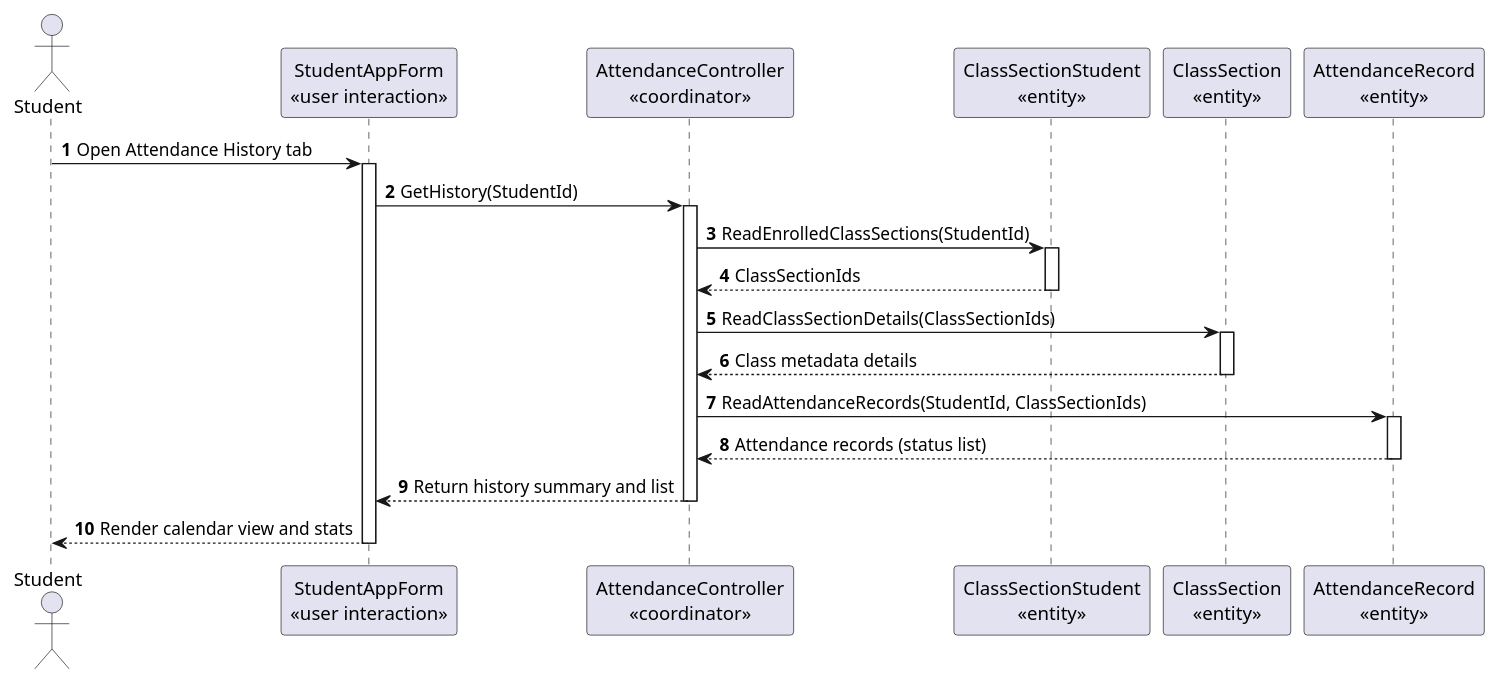
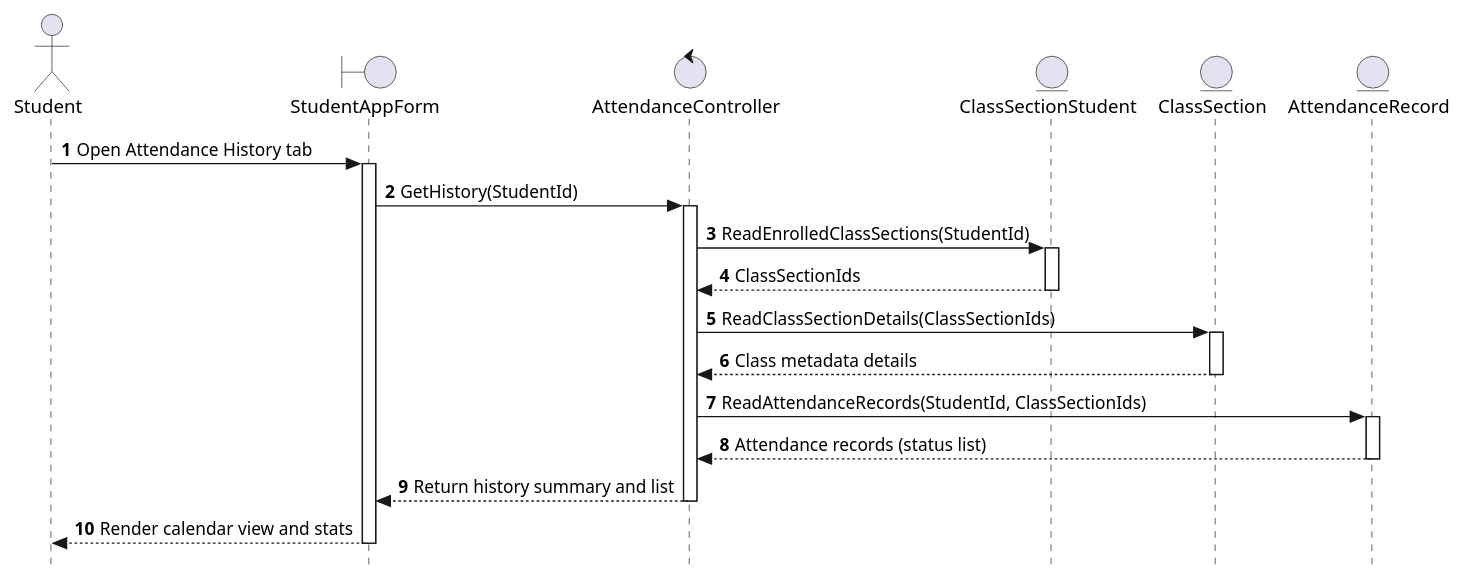
One commit to nttung42/SWD392 changed diagram 12 of 31 in MainDocs/AFAS_RDS_Document_Part1B_Analysis_models.md. Above: the diagram before and after it, drawn with PlantUML. The commit also changed other lines of this file, not shown here.

Commit message:
docs: refactor sequence diagrams to use strict UML/BCE and add message description tables

````diff
--- a/MainDocs/AFAS_RDS_Document_Part1B_Analysis_models.md
+++ b/MainDocs/AFAS_RDS_Document_Part1B_Analysis_models.md
@@ -699,32 +781,33 @@
 ```plantuml
 @startuml
+skinparam style strictuml
 autonumber
 actor SV as "Student"
-participant SAF as "StudentAppForm\n«user interaction»"
-participant AC as "AttendanceController\n«coordinator»"
-participant CSS as "ClassSectionStudent\n«entity»"
-participant CS as "ClassSection\n«entity»"
-participant AR as "AttendanceRecord\n«entity»"
+boundary SAF as "StudentAppForm"
+control AC as "AttendanceController"
+entity CSS as "ClassSectionStudent"
+entity CS as "ClassSection"
+entity AR as "AttendanceRecord"
 
 SV -> SAF : Open Attendance History tab
 activate SAF
 SAF -> AC : GetHistory(StudentId)
 activate AC
 AC -> CSS : ReadEnrolledClassSections(StudentId)
 activate CSS
 CSS --> AC : ClassSectionIds
 deactivate CSS
 AC -> CS : ReadClassSectionDetails(ClassSectionIds)
 activate CS
 CS --> AC : Class metadata details
 deactivate CS
 AC -> AR : ReadAttendanceRecords(StudentId, ClassSectionIds)
 activate AR
 AR --> AC : Attendance records (status list)
 deactivate AR
 AC --> SAF : Return history summary and list
 deactivate AC
 SAF --> SV : Render calendar view and stats
 deactivate SAF
 @enduml
 ```
````
